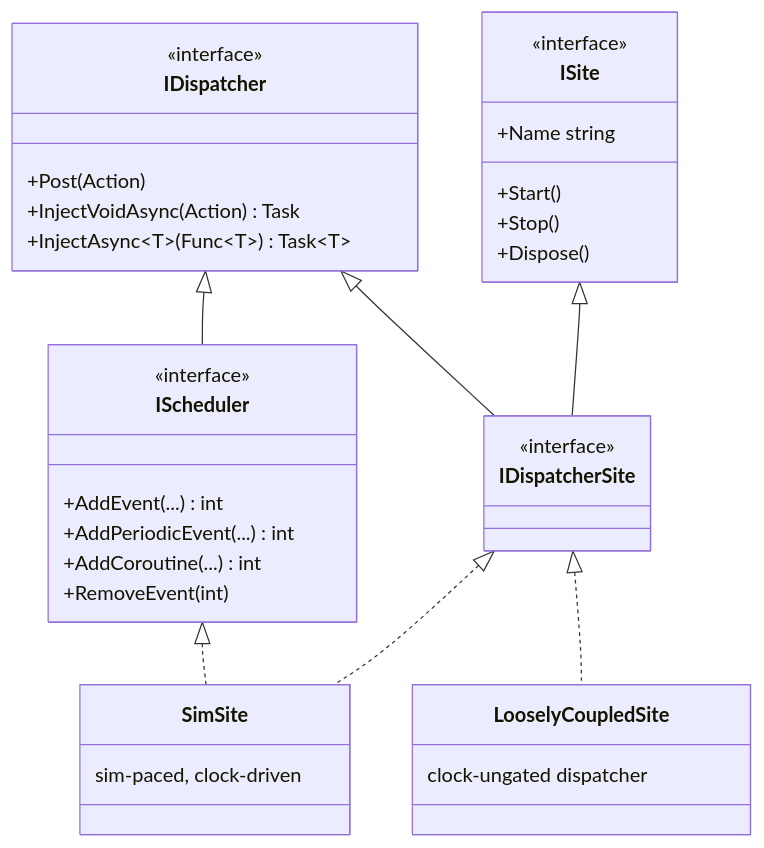
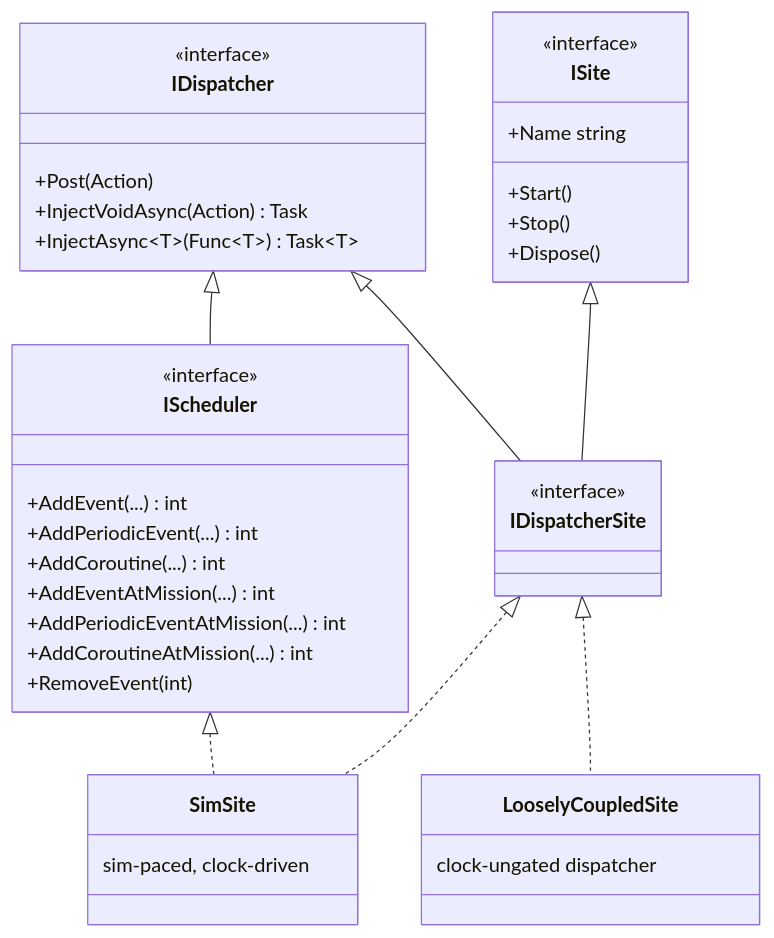
One commit to SimulaSharp-org/simulasharp-docs changed the diagram in public/content/sites-and-dispatch.md. Above: the diagram before and after it, drawn with Mermaid. The commit also changed other lines of this file and 2 other files, not shown here.

Commit message:
Bring the sites, dispatch and coroutine pages up to 0.5.3, the run loop, error channel and bounded await were missing or wrong

````diff
--- a/public/content/sites-and-dispatch.md
+++ b/public/content/sites-and-dispatch.md
@@ -13,38 +13,41 @@
 ```mermaid
 classDiagram
   class IDispatcher {
     <<interface>>
     +Post(Action)
     +InjectVoidAsync(Action) Task
     +InjectAsync~T~(Func~T~) Task~T~
   }
   class IScheduler {
     <<interface>>
     +AddEvent(...) int
     +AddPeriodicEvent(...) int
     +AddCoroutine(...) int
+    +AddEventAtMission(...) int
+    +AddPeriodicEventAtMission(...) int
+    +AddCoroutineAtMission(...) int
     +RemoveEvent(int)
   }
   class ISite {
     <<interface>>
     +Name string
     +Start()
     +Stop()
     +Dispose()
   }
   class IDispatcherSite {
     <<interface>>
   }
   class SimSite {
     sim-paced, clock-driven
   }
   class LooselyCoupledSite {
     clock-ungated dispatcher
   }
   IDispatcher <|-- IScheduler
   IDispatcher <|-- IDispatcherSite
   ISite <|-- IDispatcherSite
   IScheduler <|.. SimSite
   IDispatcherSite <|.. SimSite
   IDispatcherSite <|.. LooselyCoupledSite
 ```
````
